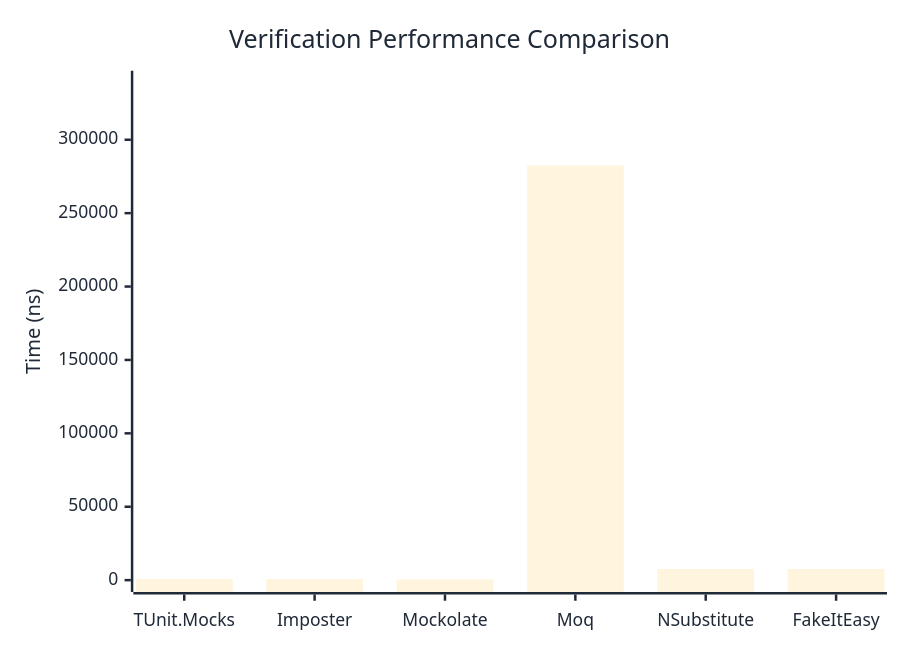
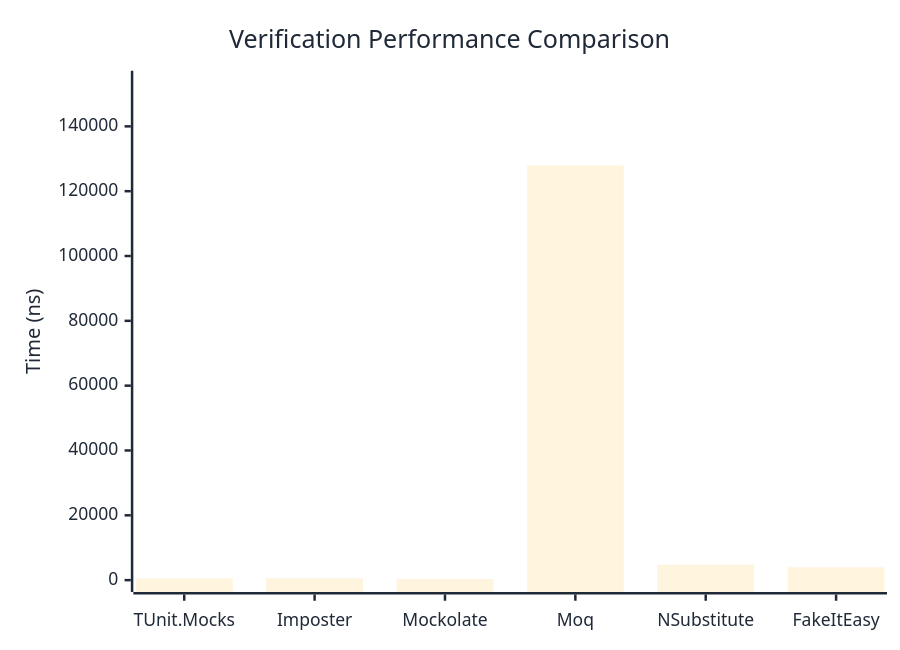
The first of 3 diagrams in docs/docs/benchmarks/mocks/Verification.md (thomhurst/TUnit), drawn with Mermaid before and after one commit. The commit also changed other lines of this file and 14 other files, not shown here.

````diff
--- a/docs/docs/benchmarks/mocks/Verification.md
+++ b/docs/docs/benchmarks/mocks/Verification.md
@@ -30,27 +30,27 @@
 ```mermaid
 %%{init: {
   'theme':'base',
   'themeVariables': {
     'primaryColor': '#2563eb',
     'primaryTextColor': '#1f2937',
     'primaryBorderColor': '#1e40af',
     'lineColor': '#6b7280',
     'secondaryColor': '#7c3aed',
     'tertiaryColor': '#dc2626',
     'background': '#ffffff',
     'pie1': '#2563eb',
     'pie2': '#7c3aed',
     'pie3': '#dc2626',
     'pie4': '#f59e0b',
     'pie5': '#10b981',
     'pie6': '#06b6d4',
     'pie7': '#ec4899',
     'pie8': '#6366f1'
   }
 }}%%
 xychart-beta
   title "Verification Performance Comparison"
   x-axis ["TUnit.Mocks", "Imposter", "Mockolate", "Moq", "NSubstitute", "FakeItEasy"]
-  y-axis "Time (ns)" 0 --> 338916
-  bar [872.55, 793, 477.32, 282429.79, 7619.27, 7570.53]
+  y-axis "Time (ns)" 0 --> 153494
+  bar [562.79, 569.05, 326.92, 127911.27, 4783.61, 3956.23]
 ```
````
